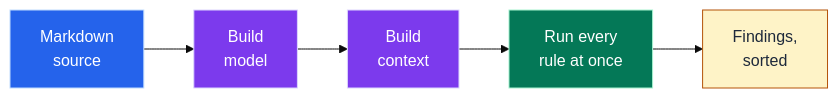
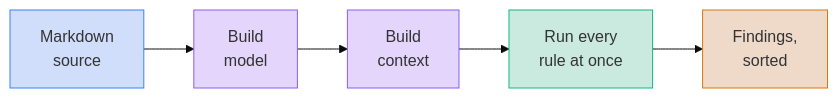
Before and after one commit to jpeakai/jpai-prose-gates: the eighth of 19 diagrams in docs/DATA_MODEL.md, drawn with Mermaid (base theme). The commit also changed other lines of this file and 1 other file, not shown here.

First line of the commit message:
docs: recalibrate the Mermaid diagrams for Material with translucent fills

````diff
--- a/docs/DATA_MODEL.md
+++ b/docs/DATA_MODEL.md
@@ -273,9 +273,9 @@
 ```mermaid
 flowchart LR
     SRC["Markdown<br/>source"]:::source --> MODEL["Build<br/>model"]:::build --> CTX["Build<br/>context"]:::build --> RULES["Run every<br/>rule at once"]:::gate --> OUT["Findings,<br/>sorted"]:::out
 
-    classDef source fill:#2563eb,stroke:#bfdbfe,color:#ffffff
-    classDef build  fill:#7c3aed,stroke:#ddd6fe,color:#ffffff
-    classDef gate   fill:#047857,stroke:#a7f3d0,color:#ffffff
-    classDef out    fill:#fef3c7,stroke:#b45309,color:#1e293b
+    classDef source fill:#2563eb36,stroke:#3b82f6
+    classDef build  fill:#7c3aed36,stroke:#8b5cf6
+    classDef gate   fill:#05966936,stroke:#10b981
+    classDef out    fill:#b4530936,stroke:#d97706
 ```
````
